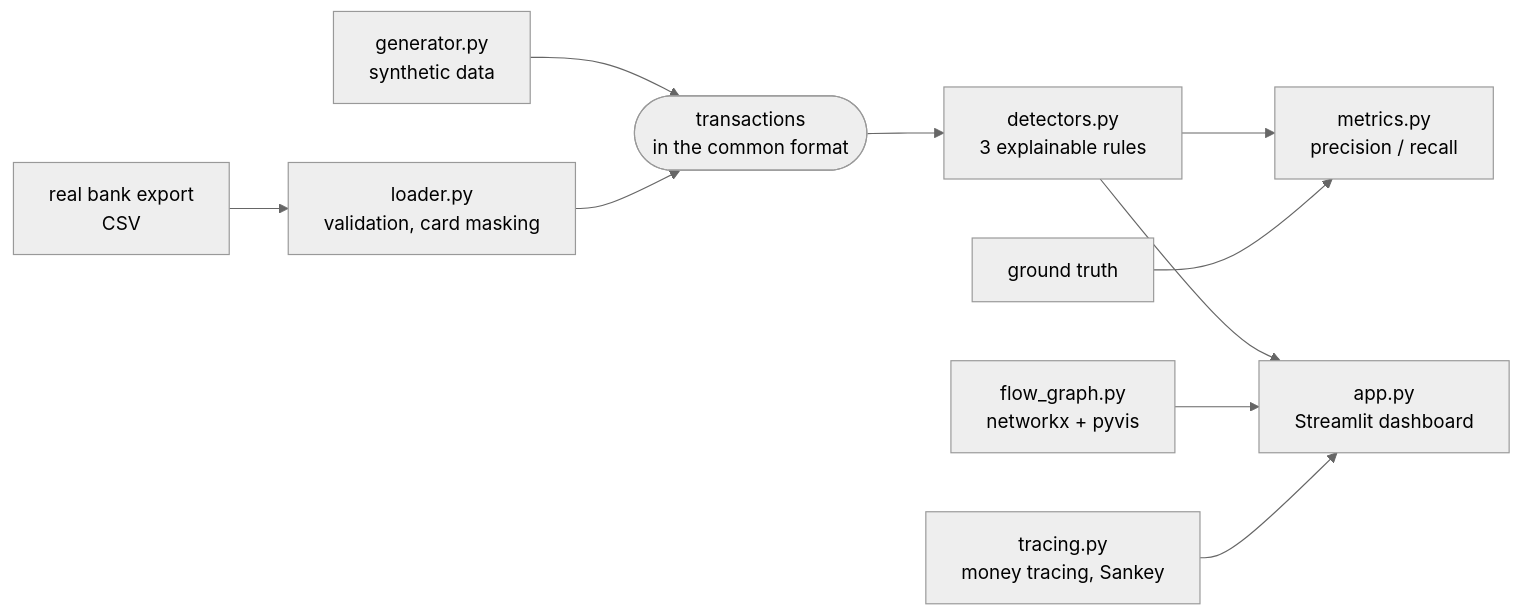
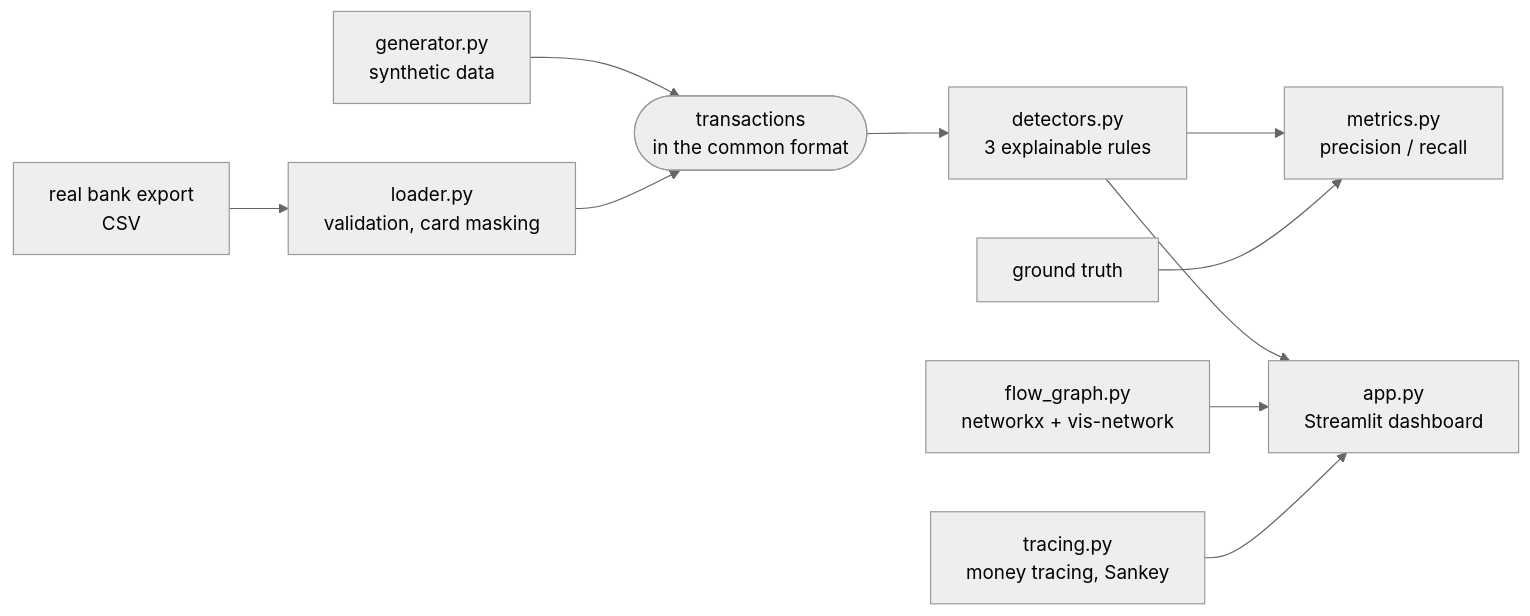
The diagram in README.md (PachkaKofe04/drop_finder), drawn with Mermaid (neutral theme) before and after one commit. The commit also changed other lines of this file and 15 other files, not shown here.

Commit message:
feat: dark theme and left-to-right money flow graphs

````diff
--- a/README.md
+++ b/README.md
@@ -55,11 +56,11 @@
 ```mermaid
 flowchart LR
     G["generator.py<br>synthetic data"] --> T(["transactions<br>in the common format"])
     R["real bank export<br>CSV"] --> L["loader.py<br>validation, card masking"] --> T
     T --> D["detectors.py<br>3 explainable rules"]
     D --> M["metrics.py<br>precision / recall"]
     GT["ground truth"] --> M
     D --> A["app.py<br>Streamlit dashboard"]
-    F["flow_graph.py<br>networkx + pyvis"] --> A
+    F["flow_graph.py<br>networkx + vis-network"] --> A
     TR["tracing.py<br>money tracing, Sankey"] --> A
 ```
````
